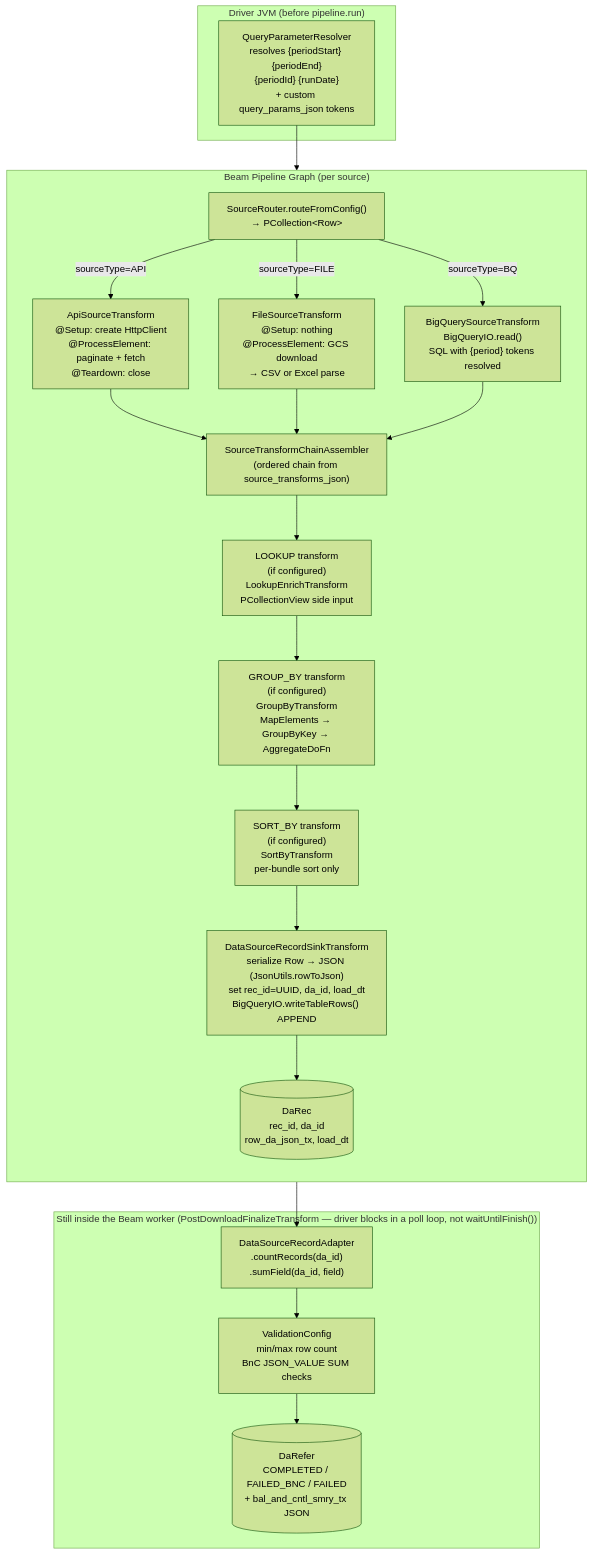
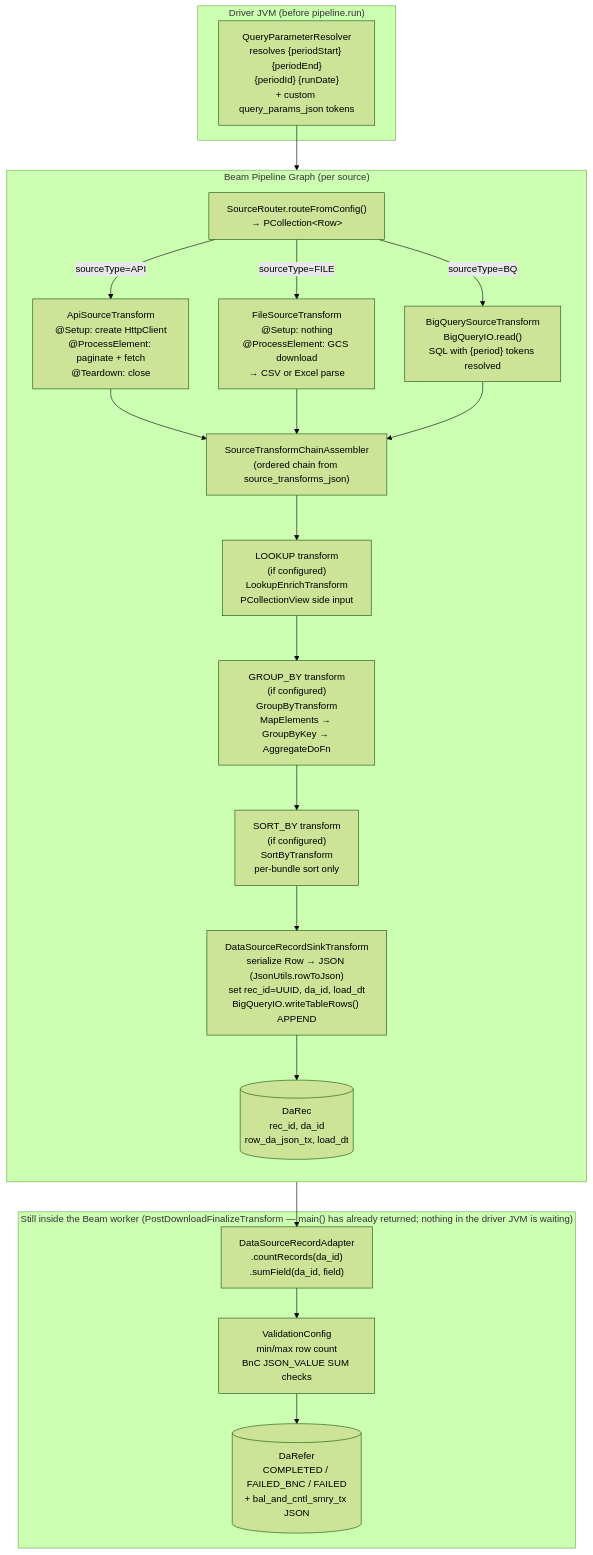
The fourth of 17 diagrams in WALKTHROUGH.md (tushark-16bit/beam_framework), drawn with Mermaid (forest theme) before and after one commit. The commit also changed other lines of this file and 16 other files, not shown here.

````diff
--- a/WALKTHROUGH.md
+++ b/WALKTHROUGH.md
@@ -151,33 +159,33 @@
 ```mermaid
 flowchart TD
     subgraph "Beam Pipeline Graph (per source)"
         direction TB
         A["SourceRouter.routeFromConfig()\n→ PCollection&lt;Row&gt;"]
 
         A -->|sourceType=API| B1["ApiSourceTransform\n@Setup: create HttpClient\n@ProcessElement: paginate + fetch\n@Teardown: close"]
         A -->|sourceType=FILE| B2["FileSourceTransform\n@Setup: nothing\n@ProcessElement: GCS download\n→ CSV or Excel parse"]
         A -->|sourceType=BQ| B3["BigQuerySourceTransform\nBigQueryIO.read()\nSQL with {period} tokens resolved"]
 
         B1 --> C["SourceTransformChainAssembler\n(ordered chain from source_transforms_json)"]
         B2 --> C
         B3 --> C
 
         C --> D1["LOOKUP transform\n(if configured)\nLookupEnrichTransform\nPCollectionView side input"]
         D1 --> D2["GROUP_BY transform\n(if configured)\nGroupByTransform\nMapElements → GroupByKey → AggregateDoFn"]
         D2 --> D3["SORT_BY transform\n(if configured)\nSortByTransform\nper-bundle sort only"]
 
         D3 --> F["DataSourceRecordSinkTransform\nserialize Row → JSON (JsonUtils.rowToJson)\nset rec_id=UUID, da_id, load_dt\nBigQueryIO.writeTableRows() APPEND"]
         F --> RecTab[("DaRec\nrec_id, da_id\nrow_da_json_tx, load_dt")]
     end
 
     subgraph "Driver JVM (before pipeline.run)"
         H["QueryParameterResolver\nresolves {periodStart} {periodEnd}\n{periodId} {runDate}\n+ custom query_params_json tokens"]
         H --> A
     end
 
-    subgraph "Still inside the Beam worker (PostDownloadFinalizeTransform — driver blocks in a poll loop, not waitUntilFinish())"
+    subgraph "Still inside the Beam worker (PostDownloadFinalizeTransform — main() has already returned; nothing in the driver JVM is waiting)"
         RecTab --> I["DataSourceRecordAdapter\n.countRecords(da_id)\n.sumField(da_id, field)"]
         I --> J["ValidationConfig\nmin/max row count\nBnC JSON_VALUE SUM checks"]
         J --> K[("DaRefer\nCOMPLETED / FAILED_BNC / FAILED\n+ bal_and_cntl_smry_tx JSON")]
     end
 ```
````
